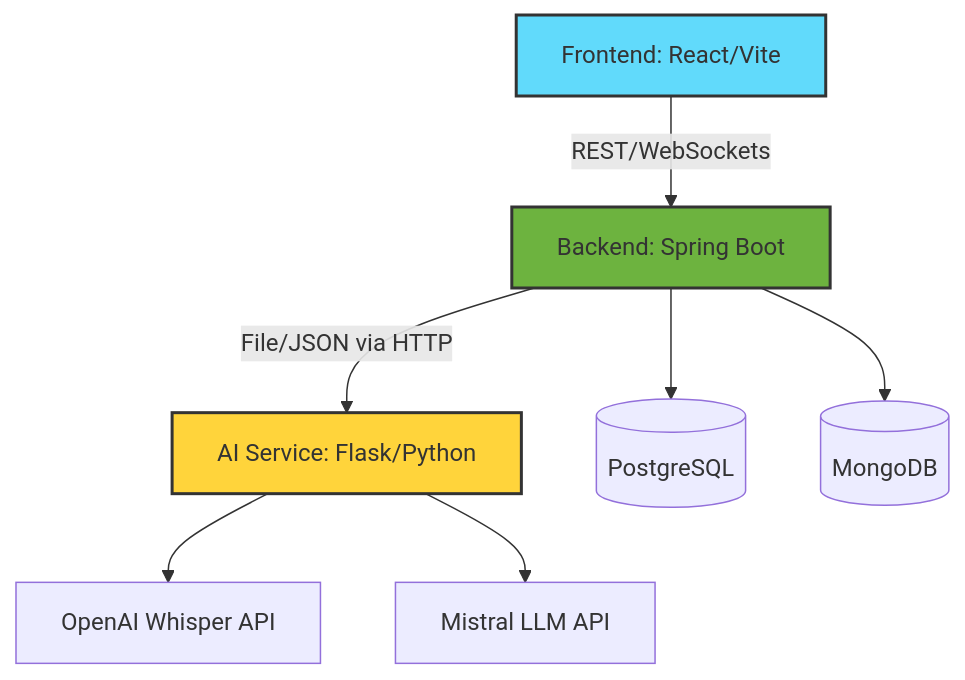
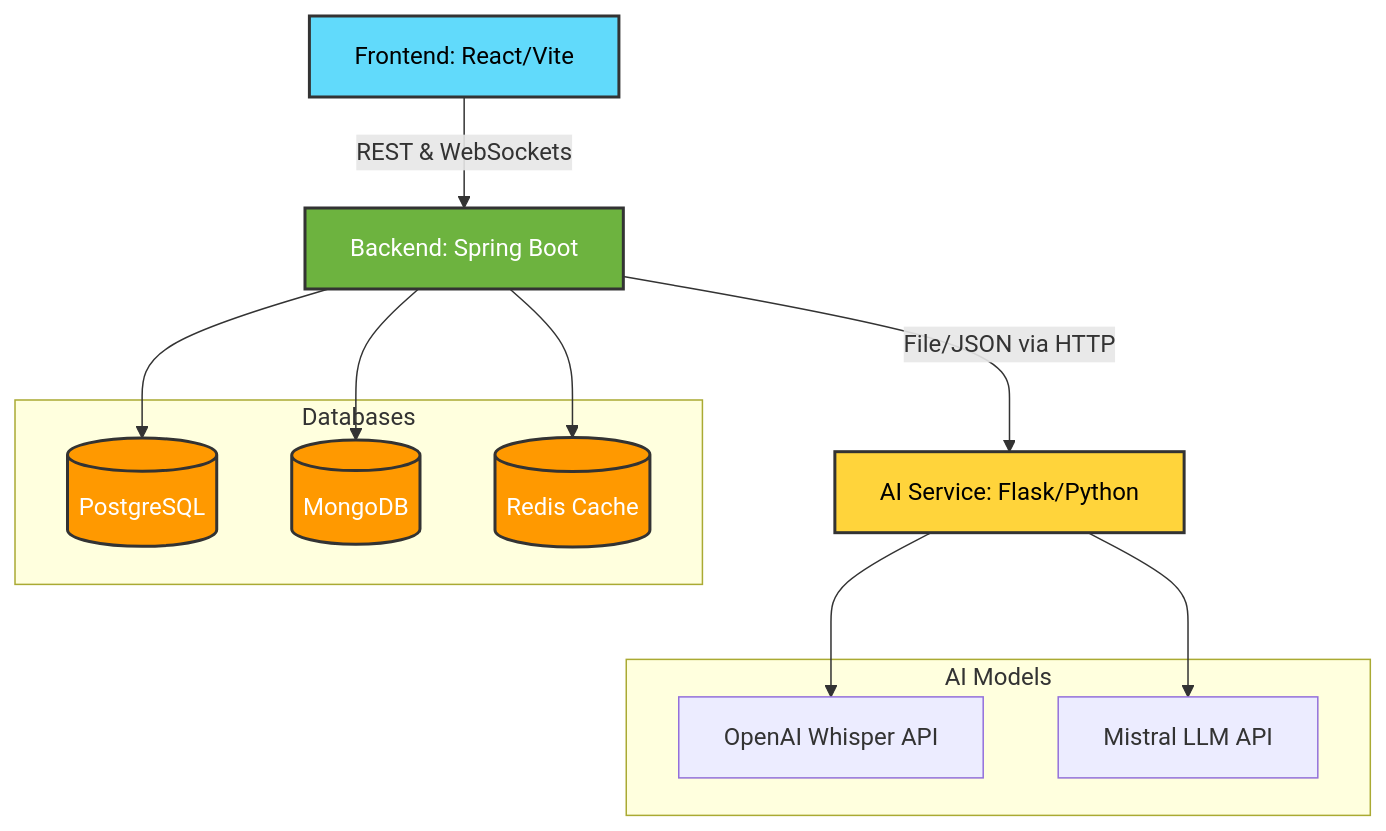
The diagram in README.md (ommagdum/academic-meeting-minutes), drawn with Mermaid before and after one commit. The commit also changed other lines of this file, not shown here.

````diff
--- a/README.md
+++ b/README.md
@@ -18,18 +39,33 @@
 ```mermaid
 graph TD
-    Client[Frontend: React/Vite] -->|REST/WebSockets| Backend[Backend: Spring Boot]
+    Client[Frontend: React/Vite] -->|REST & WebSockets| Backend[Backend: Spring Boot]
     Backend -->|File/JSON via HTTP| AI[AI Service: Flask/Python]
-    Backend --> Postgres[(PostgreSQL)]
-    Backend --> Mongo[(MongoDB)]
     
-    AI --> Whisper[OpenAI Whisper API]
-    AI --> Mistral[Mistral LLM API]
+    subgraph Databases
+        Postgres[(PostgreSQL)]
+        Mongo[(MongoDB)]
+        Redis[(Redis Cache)]
+    end
     
-    classDef frontend fill:#61dafb,stroke:#333,stroke-width:2px;
-    classDef backend fill:#6db33f,stroke:#333,stroke-width:2px;
-    classDef ai fill:#ffd43b,stroke:#333,stroke-width:2px;
+    Backend --> Postgres
+    Backend --> Mongo
+    Backend --> Redis
+    
+    subgraph AI Models
+        Whisper[OpenAI Whisper API]
+        Mistral[Mistral LLM API]
+    end
+    
+    AI --> Whisper
+    AI --> Mistral
+    
+    classDef frontend fill:#61dafb,stroke:#333,stroke-width:2px,color:#000;
+    classDef backend fill:#6db33f,stroke:#333,stroke-width:2px,color:#fff;
+    classDef ai fill:#ffd43b,stroke:#333,stroke-width:2px,color:#000;
+    classDef db fill:#ff9900,stroke:#333,stroke-width:2px,color:#fff;
     
     class Client frontend;
     class Backend backend;
     class AI ai;
+    class Postgres,Mongo,Redis db;
 ```
````
